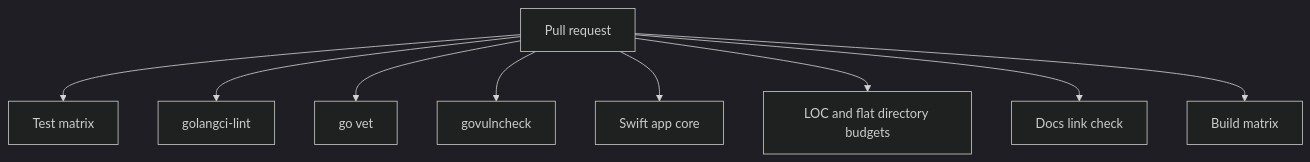
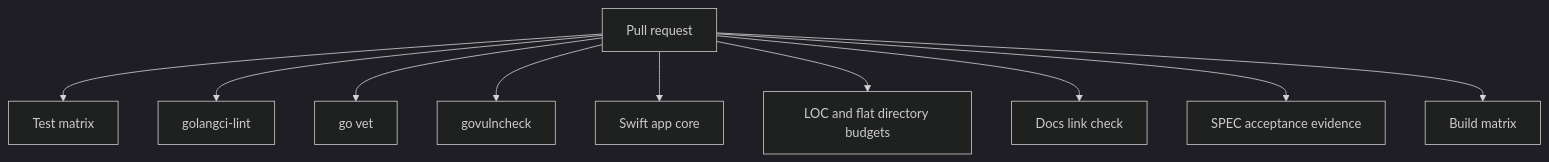
One commit to dotbrains/beam changed the diagram in docs/ci.md. Above: the diagram before and after it, drawn with Mermaid (dark theme). The commit also changed other lines of this file and 4 other files, not shown here.

Commit message:
ci: verify spec acceptance evidence

````diff
--- a/docs/ci.md
+++ b/docs/ci.md
@@ -8,11 +8,12 @@
 ```mermaid
 flowchart TB
   pr[Pull request] --> test[Test matrix]
   pr --> lint[golangci-lint]
   pr --> vet[go vet]
   pr --> vuln[govulncheck]
   pr --> ios[Swift app core]
   pr --> budgets[LOC and flat directory budgets]
   pr --> docs[Docs link check]
+  pr --> spec[SPEC acceptance evidence]
   pr --> build[Build matrix]
 ```
````
